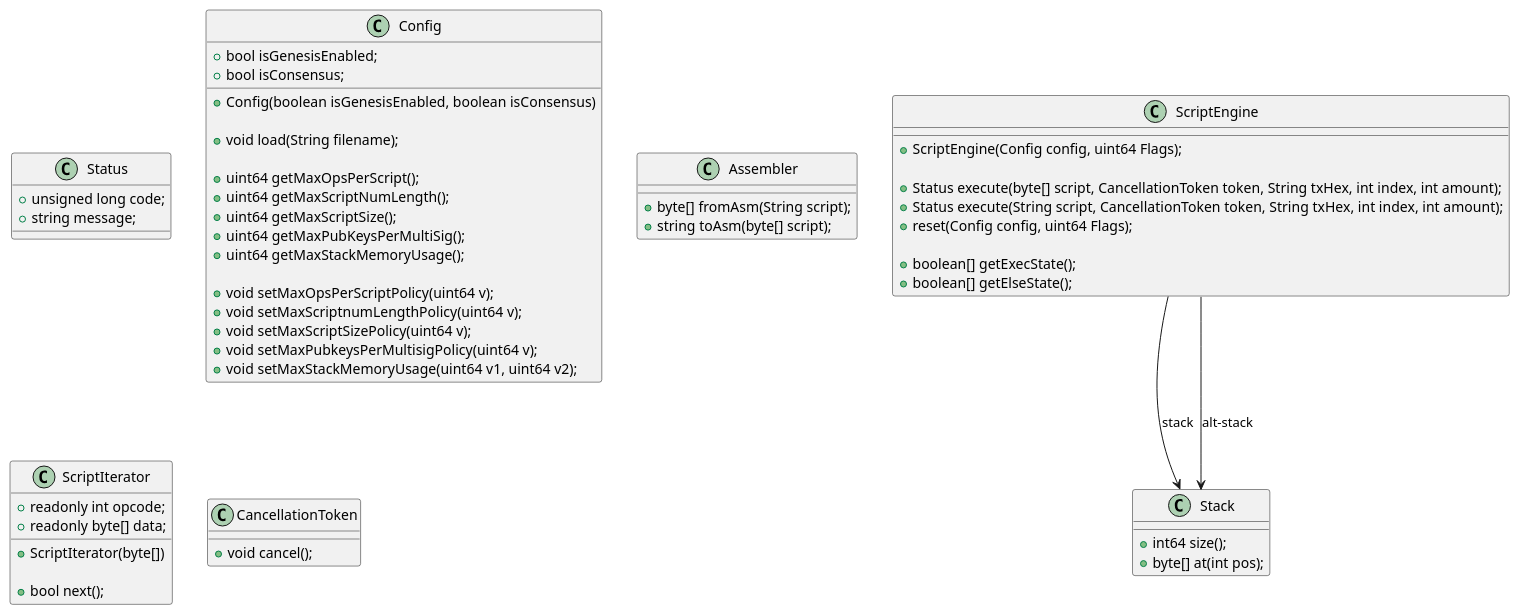
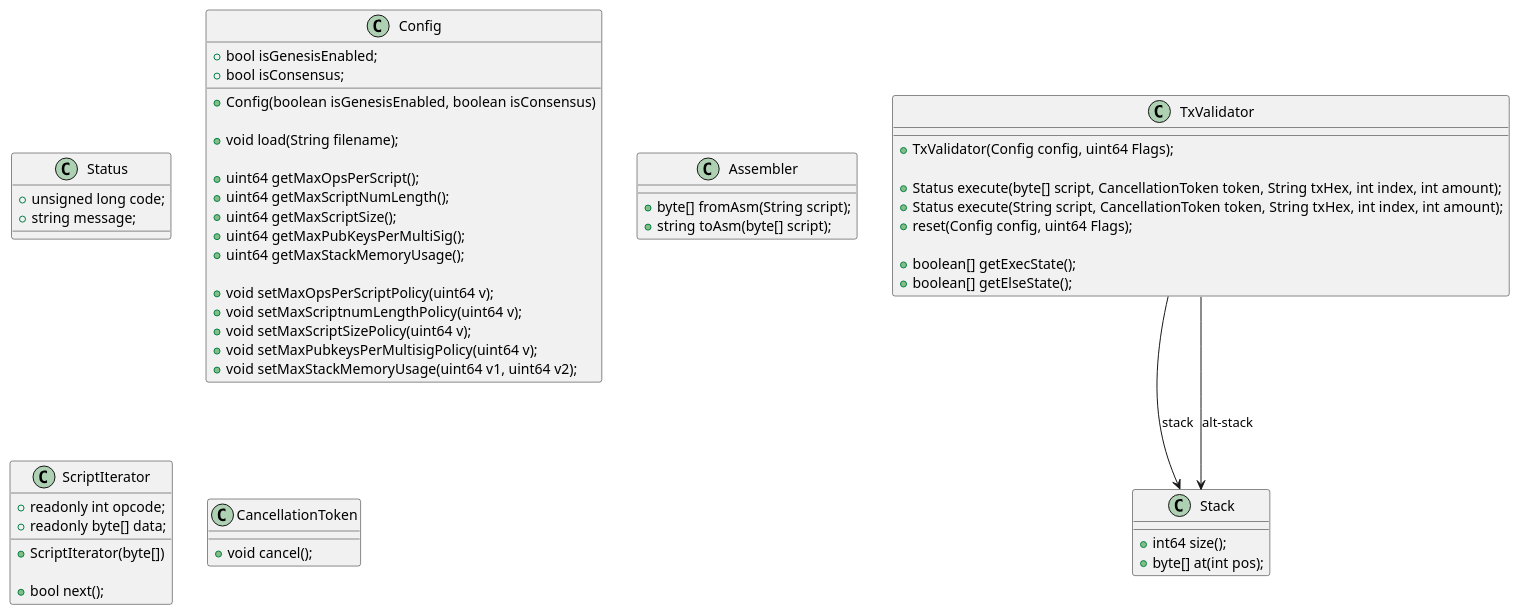
One commit to bitcoin-sv/bdk changed the diagram in documentation/docs/ObjectModel.md. Above: the diagram before and after it, drawn with PlantUML. The commit also changed 38 other files, not shown here.

Commit message:
Rename ScriptEngine to be CTxValidator

```diff
--- a/documentation/docs/ObjectModel.md
+++ b/documentation/docs/ObjectModel.md
@@ -5,63 +5,63 @@
 @startuml
 class Status 
 { 
 	+unsigned long code;
 	+string message;
 }
 class Config 
 {
 	+Config(boolean isGenesisEnabled, boolean isConsensus)
 
     +void load(String filename);
 
     +uint64 getMaxOpsPerScript();
     +uint64 getMaxScriptNumLength();
     +uint64 getMaxScriptSize();
     +uint64 getMaxPubKeysPerMultiSig();
     +uint64 getMaxStackMemoryUsage();
 
     +void setMaxOpsPerScriptPolicy(uint64 v);
     +void setMaxScriptnumLengthPolicy(uint64 v);
     +void setMaxScriptSizePolicy(uint64 v);
     +void setMaxPubkeysPerMultisigPolicy(uint64 v);
     +void setMaxStackMemoryUsage(uint64 v1, uint64 v2);
 
     +bool isGenesisEnabled;
     +bool isConsensus;
 }
 class Assembler
 {
     +byte[] fromAsm(String script);
     +string toAsm(byte[] script);
 }
 class ScriptIterator
 {
 	+ScriptIterator(byte[])
 	
 	+bool next();
 	+readonly int opcode;
 	+readonly byte[] data;
 }
 class CancellationToken
 {
 	+void cancel();
 }
 class Stack
 {
     +int64 size();
     +byte[] at(int pos);
 }
-class ScriptEngine 
+class TxValidator 
 {
-	+ScriptEngine(Config config, uint64 Flags);
+	+TxValidator(Config config, uint64 Flags);
 	
 	+Status execute(byte[] script, CancellationToken token, String txHex, int index, int amount);
     +Status execute(String script, CancellationToken token, String txHex, int index, int amount);
 	+reset(Config config, uint64 Flags);
 	
 	+boolean[] getExecState();
 	+boolean[] getElseState();
 }
-ScriptEngine --> Stack : stack
-ScriptEngine --> Stack : alt-stack
+TxValidator --> Stack : stack
+TxValidator --> Stack : alt-stack
 @enduml
```
